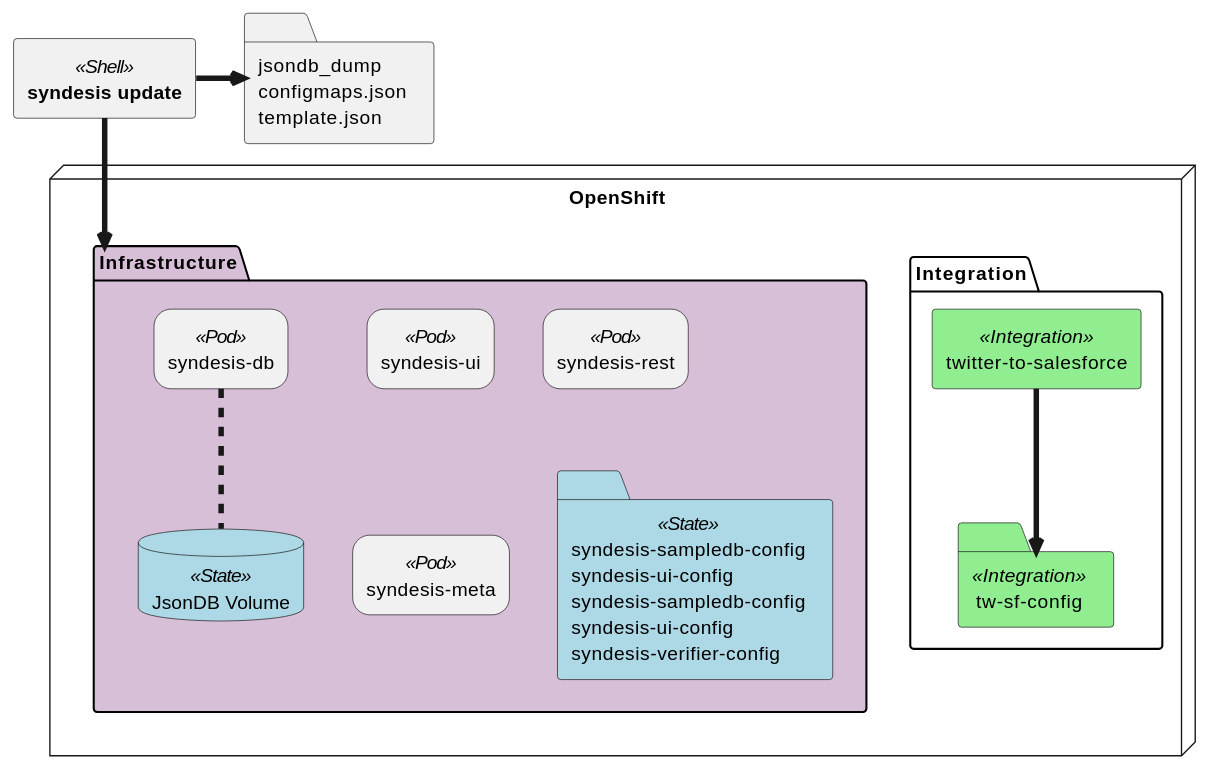
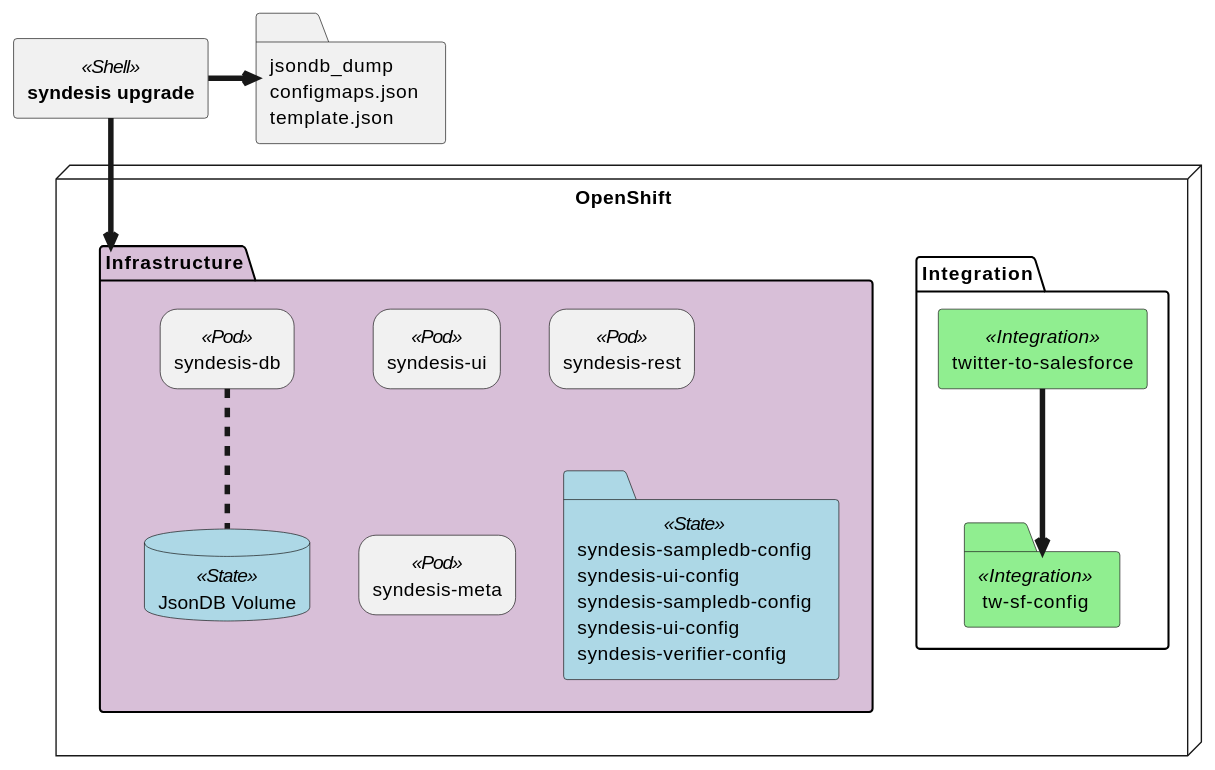
Before and after one commit to syndesisio/syndesis: the diagram in project/proposals/971-upgrade.adoc, drawn with PlantUML.

Commit message:
fix: Minor typo

```diff
--- a/project/proposals/971-upgrade.adoc
+++ b/project/proposals/971-upgrade.adoc
@@ -41,64 +41,64 @@
 [plantuml,syndesis-upgrade-from-outside,png]
 ....
 @startuml
 ' tag::uml[]
 ' see http://plantuml.com/deployment-diagram for syntax of this diagram:
 
 ' Some nice colors ...
 skinparam sequenceArrowThickness 4
 skinparam rectangle {
   roundCorner<<Pod>> 25
   BackgroundColor<<Integration>> LightGreen
 }
 skinparam folder {
   BackgroundColor<<State>> LightBlue
   BackgroundColor<<Integration>> LightGreen
 }
 skinparam database {
   BackgroundColor<<State>> LightBlue
 }
 
 ' ======== Script
-rectangle "<b>syndesis update</b>" <<Shell>> as cli
+rectangle "<b>syndesis upgrade</b>" <<Shell>> as cli
 folder backup [
 jsondb_dump
 configmaps.json
 template.json
 ]
 
 ' ======== Cluster
 node OpenShift {
 
    package Integration as integration {
      rectangle "twitter-to-salesforce" <<Integration>> as twsf
      folder Secrets <<Integration>> [
      tw-sf-config
      ]
    }
 
    package Infrastructure as infra #thistle {
      rectangle "syndesis-ui" <<Pod>> as ui
      rectangle "syndesis-rest" <<Pod>> as rest
      rectangle "syndesis-db" <<Pod>> as db
 
      rectangle "syndesis-meta" <<Pod>> as meta
      folder ConfigMap <<State>> [
      syndesis-sampledb-config
      syndesis-ui-config
      syndesis-sampledb-config
      syndesis-ui-config
      syndesis-verifier-config
      ]
      database "JsonDB Volume" <<State>> as pv
    }
 }
 
 ' ====== Links
 db .down. pv
 cli -down-> infra
 cli -right-> backup
 twsf -down-> Secrets
 
 ' end::uml[]
 @enduml
 ....
```
